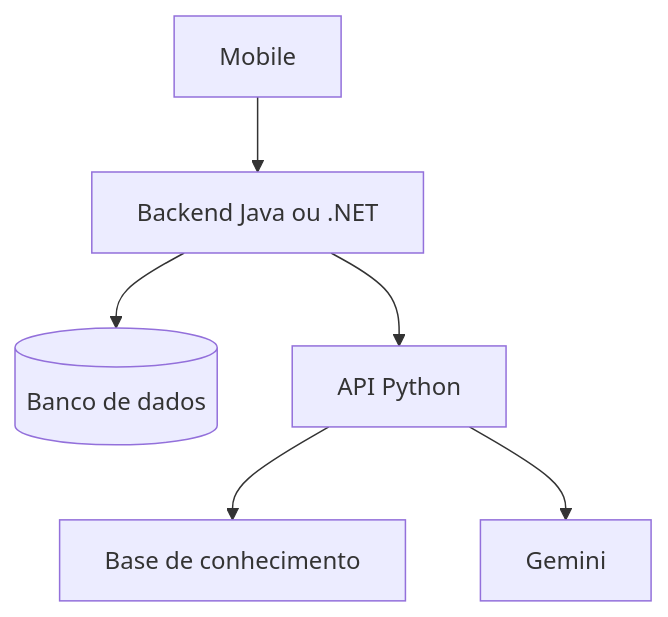
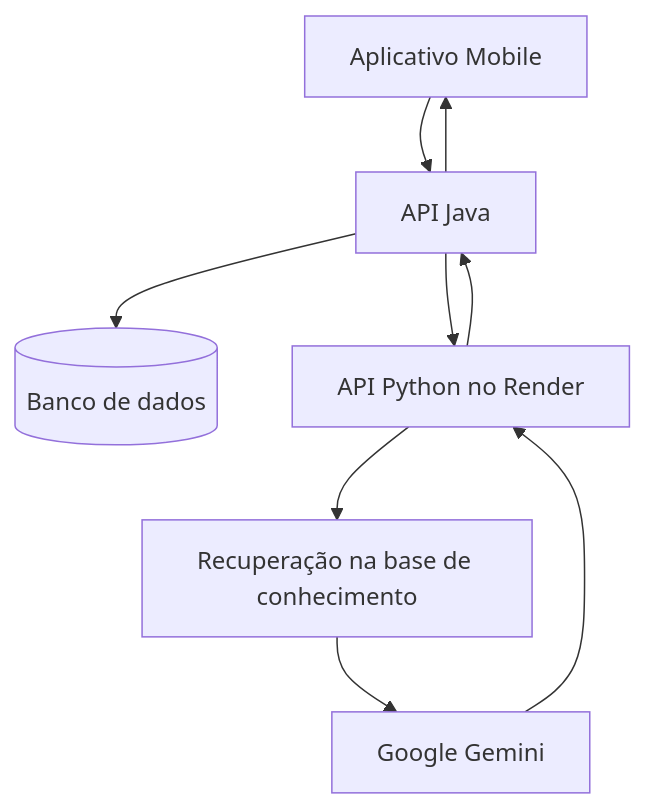
The diagram in README.md (BeaconSync/BeaconSync-IA), drawn with Mermaid before and after one commit. The commit also changed other lines of this file, not shown here.

````diff
--- a/README.md
+++ b/README.md
@@ -76,8 +81,11 @@
 ```mermaid
 flowchart TD
-    M[Mobile] --> B[Backend Java ou .NET]
-    B --> D[(Banco de dados)]
-    B --> P[API Python]
-    P --> R[Base de conhecimento]
-    P --> G[Gemini]
+    M["Aplicativo Mobile"] --> J["API Java"]
+    J --> D[("Banco de dados")]
+    J --> P["API Python no Render"]
+    P --> R["Recuperação na base de conhecimento"]
+    R --> G["Google Gemini"]
+    G --> P
+    P --> J
+    J --> M
 ```
````
